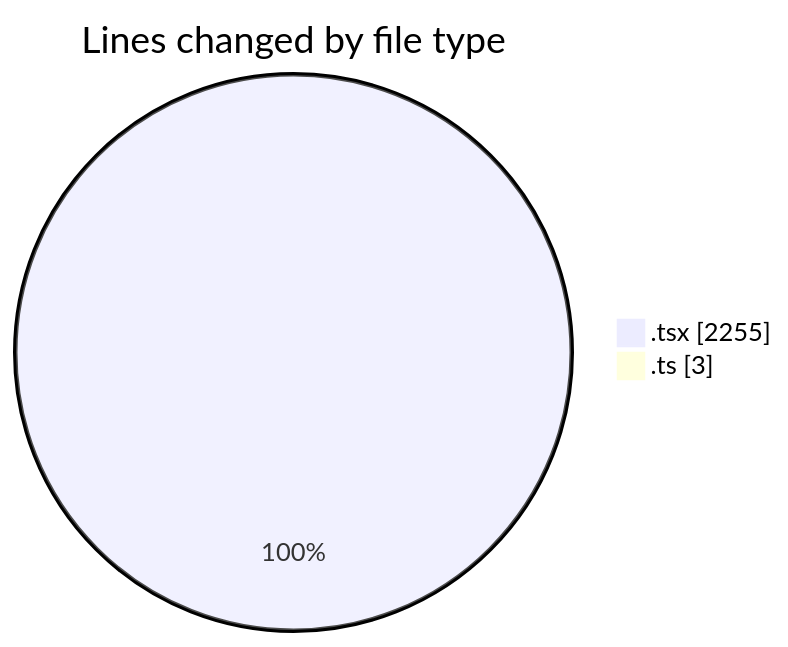
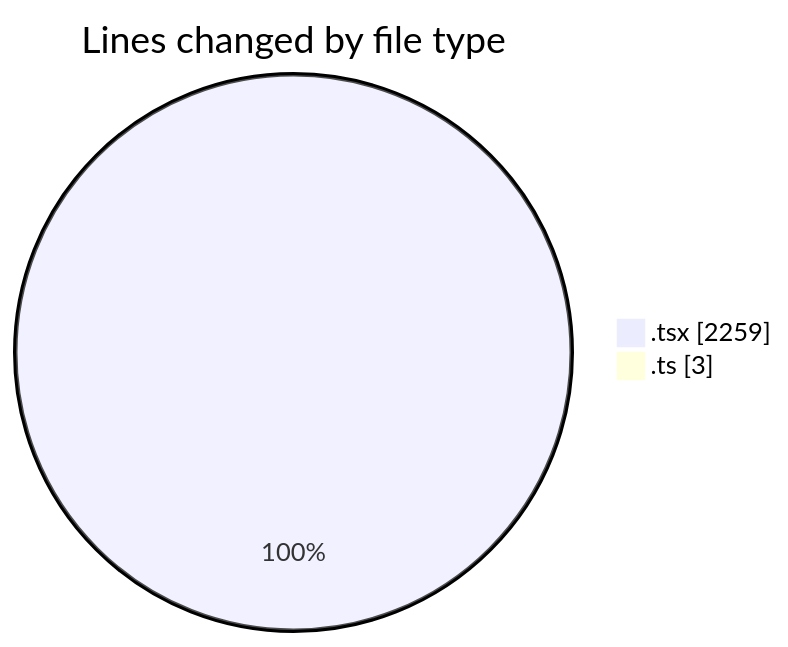
Before and after one commit to momahboobian/code-tracking: the first of 2 diagrams in 2025-02-12/cda/README.md, drawn with Mermaid. The commit also changed other lines of this file and 1 other file, not shown here.

Commit message:
Type: Scope: Brief Summary: Improved coding activity by updating the data with new lines added and removed from TimeInputs.tsx file. Changed functions: , , , . Files changed: , . Activity duration: 10 minutes.

````diff
--- a/2025-02-12/cda/README.md
+++ b/2025-02-12/cda/README.md
@@ -23,6 +23,6 @@
 ```mermaid
 pie showData
 title Lines changed by file type
-".tsx" : 2255
+".tsx" : 2259
 ".ts" : 3
 ```
````
